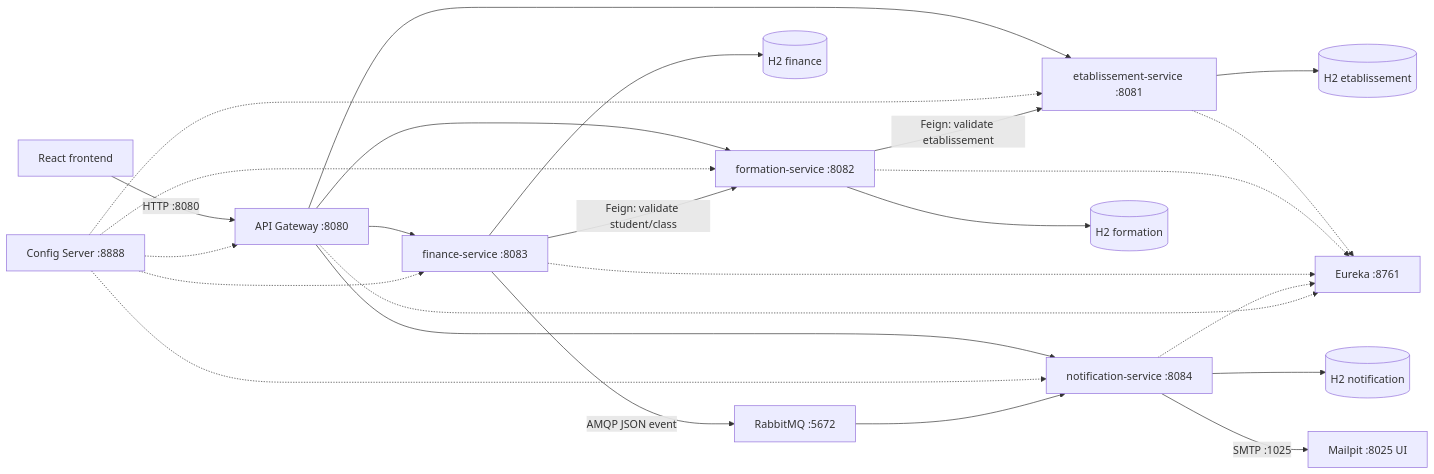
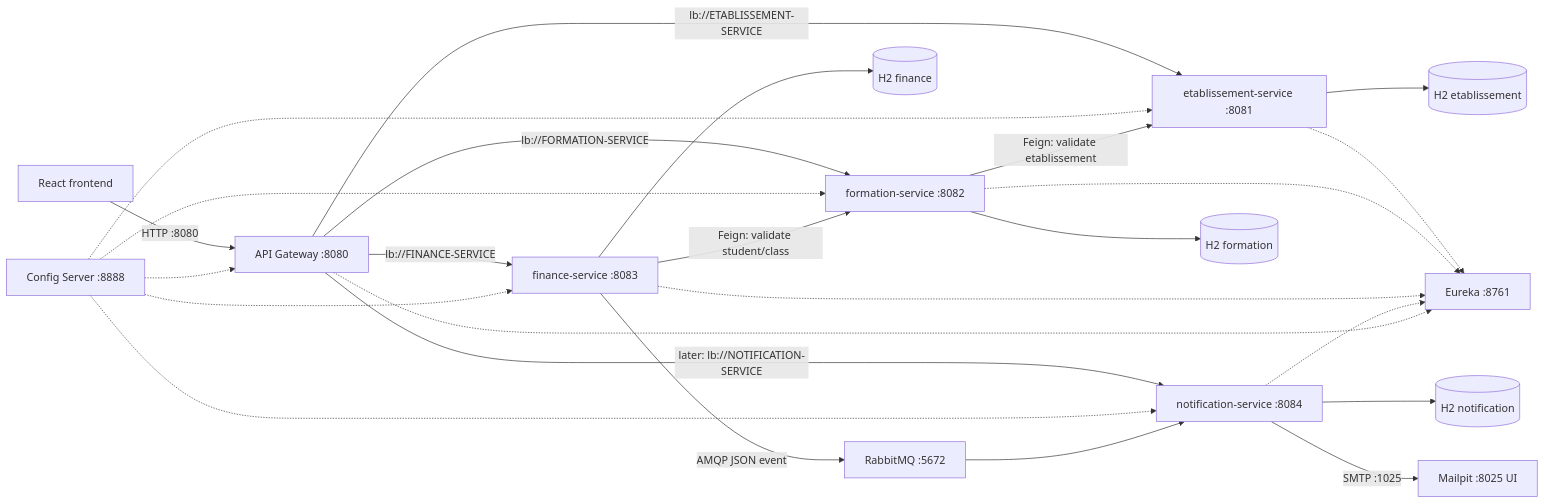
The second of 2 diagrams in README.md (AbdessamadAb04/EduCenterERP), drawn with Mermaid before and after one commit. The commit also changed other lines of this file and 20 other files, not shown here.

````diff
--- a/README.md
+++ b/README.md
@@ -103,33 +104,33 @@
 ```mermaid
 flowchart LR
     FE[React frontend] -->|HTTP :8080| GW[API Gateway :8080]
 
-    GW --> ES[etablissement-service :8081]
-    GW --> FS[formation-service :8082]
-    GW --> FINS[finance-service :8083]
-    GW --> NS[notification-service :8084]
+    GW -->|lb://ETABLISSEMENT-SERVICE| ES[etablissement-service :8081]
+    GW -->|lb://FORMATION-SERVICE| FS[formation-service :8082]
+    GW -->|lb://FINANCE-SERVICE| FINS[finance-service :8083]
+    GW -->|later: lb://NOTIFICATION-SERVICE| NS[notification-service :8084]
 
     ES --> EW[(H2 etablissement)]
     FS --> FW[(H2 formation)]
     FINS --> FINW[(H2 finance)]
     NS --> NW[(H2 notification)]
 
     ES -.-> EUREKA[Eureka :8761]
     FS -.-> EUREKA
     FINS -.-> EUREKA
     NS -.-> EUREKA
     GW -.-> EUREKA
 
     CS[Config Server :8888] -.-> ES
     CS -.-> FS
     CS -.-> FINS
     CS -.-> NS
     CS -.-> GW
 
     FINS -->|AMQP JSON event| RABBIT[RabbitMQ :5672]
     RABBIT --> NS
     NS -->|SMTP :1025| MAILPIT[Mailpit :8025 UI]
 
     FINS -->|Feign: validate student/class| FS
     FS -->|Feign: validate etablissement| ES
 ```
````
